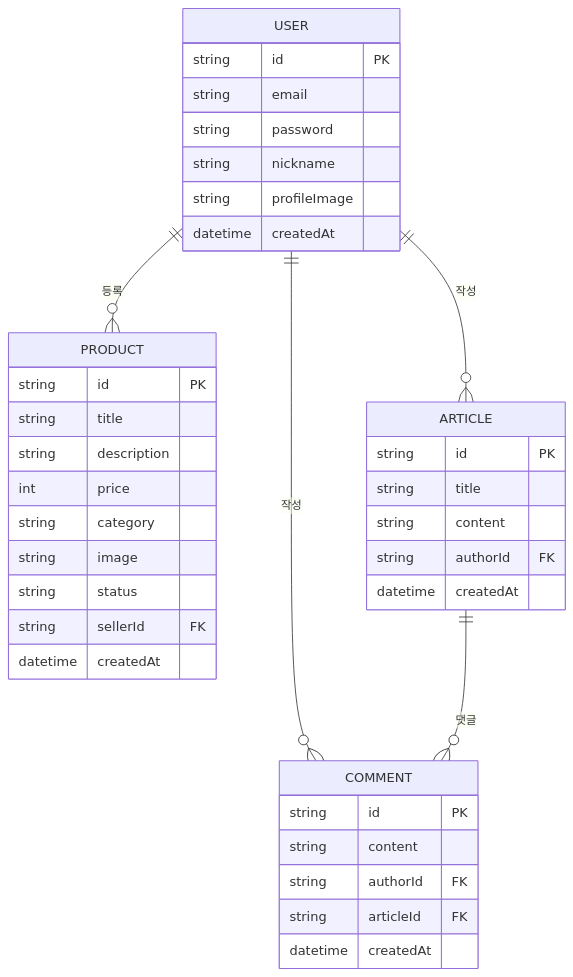
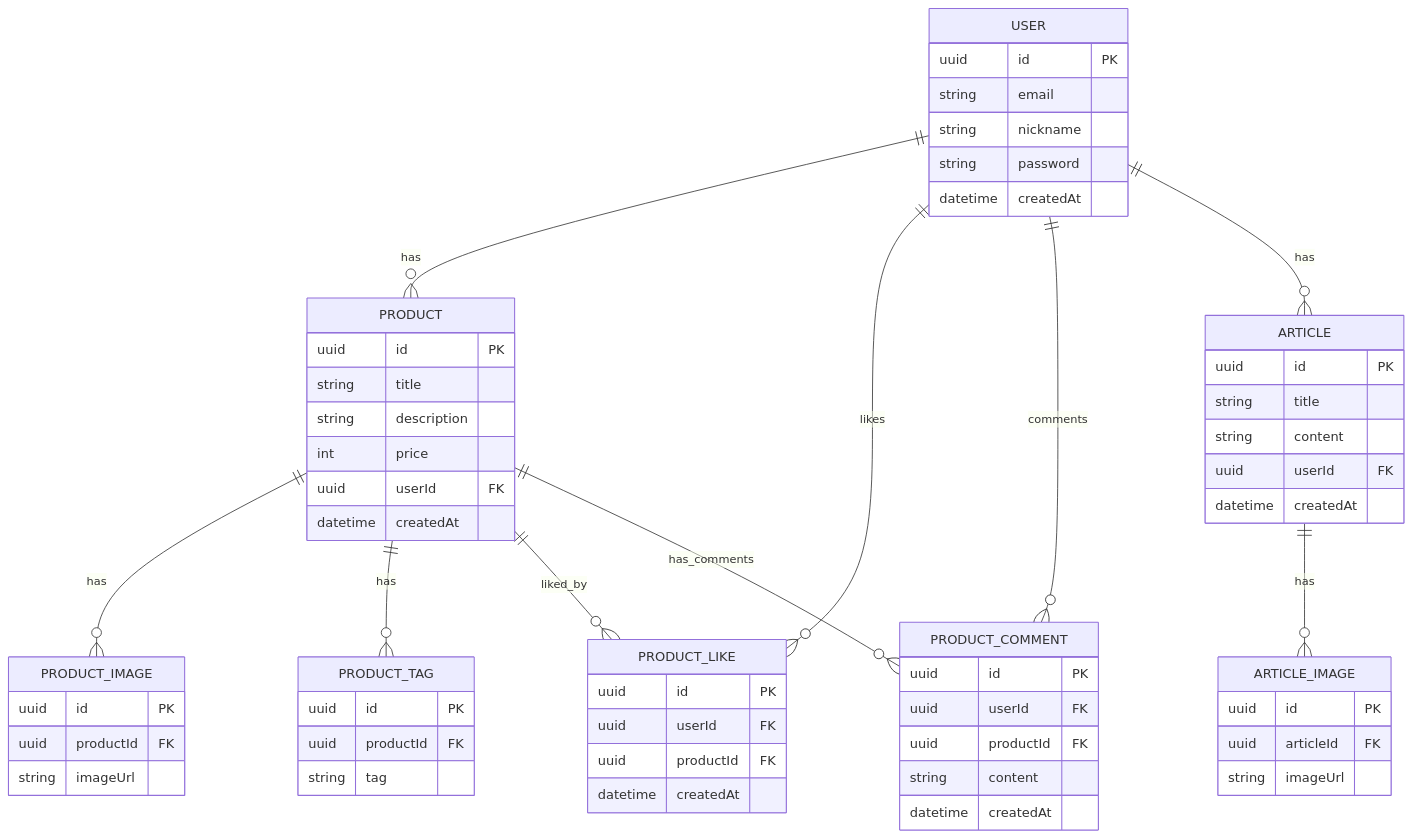
Before and after one commit to funfungun/readmetest: the diagram in README.md, drawn with Mermaid.

````diff
--- a/README.md
+++ b/README.md
@@ -1,44 +1,74 @@
 ```mermaid
 erDiagram
-    USER {
-        string id PK
-        string email
-        string password
-        string nickname
-        string profileImage
-        datetime createdAt
-    }
 
-    PRODUCT {
-        string id PK
-        string title
-        string description
-        int price
-        string category
-        string image
-        string status
-        string sellerId FK
-        datetime createdAt
-    }
+  USER {
+    uuid id PK
+    string email
+    string nickname
+    string password
+    datetime createdAt
+  }
 
-    ARTICLE {
-        string id PK
-        string title
-        string content
-        string authorId FK
-        datetime createdAt
-    }
+  PRODUCT {
+    uuid id PK
+    string title
+    string description
+    int price
+    uuid userId FK
+    datetime createdAt
+  }
 
-    COMMENT {
-        string id PK
-        string content
-        string authorId FK
-        string articleId FK
-        datetime createdAt
-    }
+  PRODUCT_IMAGE {
+    uuid id PK
+    uuid productId FK
+    string imageUrl
+  }
 
-    USER ||--o{ PRODUCT : "등록"
-    USER ||--o{ ARTICLE : "작성"
-    USER ||--o{ COMMENT : "작성"
-    ARTICLE ||--o{ COMMENT : "댓글"
+  PRODUCT_TAG {
+    uuid id PK
+    uuid productId FK
+    string tag
+  }
+
+  PRODUCT_LIKE {
+    uuid id PK
+    uuid userId FK
+    uuid productId FK
+    datetime createdAt
+  }
+
+  PRODUCT_COMMENT {
+    uuid id PK
+    uuid userId FK
+    uuid productId FK
+    string content
+    datetime createdAt
+  }
+
+  ARTICLE {
+    uuid id PK
+    string title
+    string content
+    uuid userId FK
+    datetime createdAt
+  }
+
+  ARTICLE_IMAGE {
+    uuid id PK
+    uuid articleId FK
+    string imageUrl
+  }
+
+  USER ||--o{ PRODUCT : has
+  PRODUCT ||--o{ PRODUCT_IMAGE : has
+  PRODUCT ||--o{ PRODUCT_TAG : has
+
+  USER ||--o{ PRODUCT_LIKE : likes
+  PRODUCT ||--o{ PRODUCT_LIKE : liked_by
+
+  USER ||--o{ PRODUCT_COMMENT : comments
+  PRODUCT ||--o{ PRODUCT_COMMENT : has_comments
+
+  USER ||--o{ ARTICLE : has
+  ARTICLE ||--o{ ARTICLE_IMAGE : has
 ```
````
